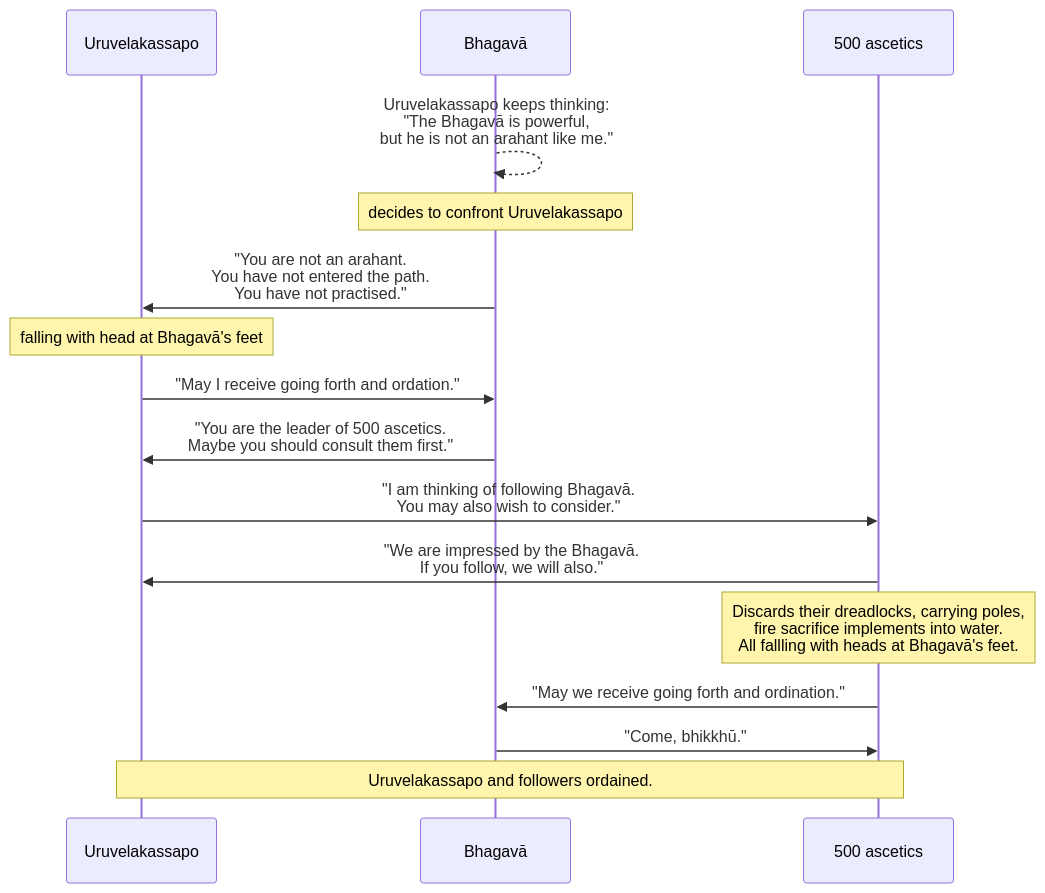
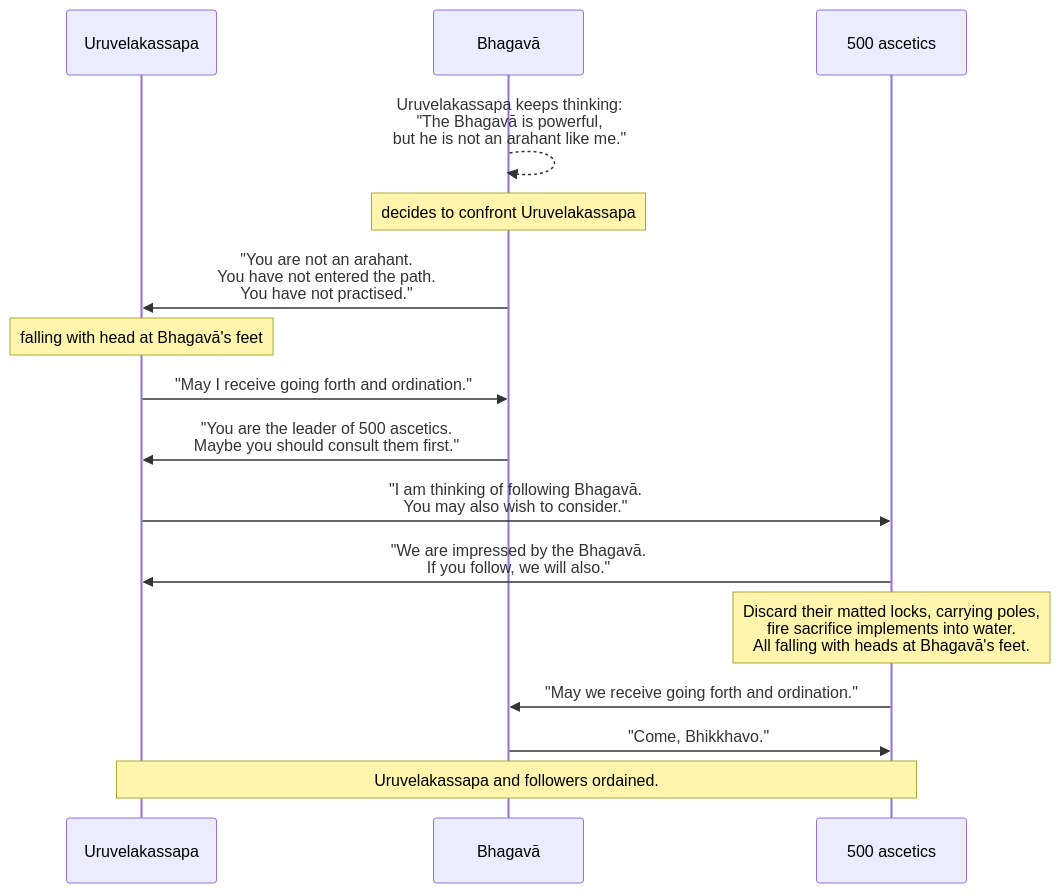
Diagram 13 of 16 in src/content/docs/khandhaka/1-12.mdx (tidipa/tidipa.github.io), drawn with Mermaid before and after one commit. The commit also changed other lines of this file and 48 other files, not shown here.

````diff
--- a/src/content/docs/khandhaka/1-12.mdx
+++ b/src/content/docs/khandhaka/1-12.mdx
@@ -257,18 +257,18 @@
 ```mermaid
 sequenceDiagram
-	participant A1 as Uruvelakassapo
+	participant A1 as Uruvelakassapa
 	participant B as Bhagavā
 	participant A500 as 500 ascetics
-	B-->>B: Uruvelakassapo keeps thinking:<br>"The Bhagavā is powerful, <br>but he is not an arahant like me."
-	note over B: decides to confront Uruvelakassapo
+	B-->>B: Uruvelakassapa keeps thinking:<br>"The Bhagavā is powerful, <br>but he is not an arahant like me."
+	note over B: decides to confront Uruvelakassapa
 	B->>A1: "You are not an arahant.<br>You have not entered the path.<br>You have not practised."
 	note over A1: falling with head at Bhagavā's feet
-	A1->>B: "May I receive going forth and ordation."
+	A1->>B: "May I receive going forth and ordination."
 	B->>A1: "You are the leader of 500 ascetics.<br>Maybe you should consult them first."
 	A1->>A500: "I am thinking of following Bhagavā.<br>You may also wish to consider."
 	A500->>A1: "We are impressed by the Bhagavā.<br>If you follow, we will also."
-	note over A500: Discards their dreadlocks, carrying poles, <br>fire sacrifice implements into water.<br>All fallling with heads at Bhagavā's feet.
+	note over A500: Discard their matted locks, carrying poles, <br>fire sacrifice implements into water.<br>All falling with heads at Bhagavā's feet.
 	A500->>B: "May we receive going forth and ordination."
-	B->>A500: "Come, bhikkhū."
-	note over A1, A500: Uruvelakassapo and followers ordained.
+	B->>A500: "Come, Bhikkhavo."
+	note over A1, A500: Uruvelakassapa and followers ordained.
 ```
````
